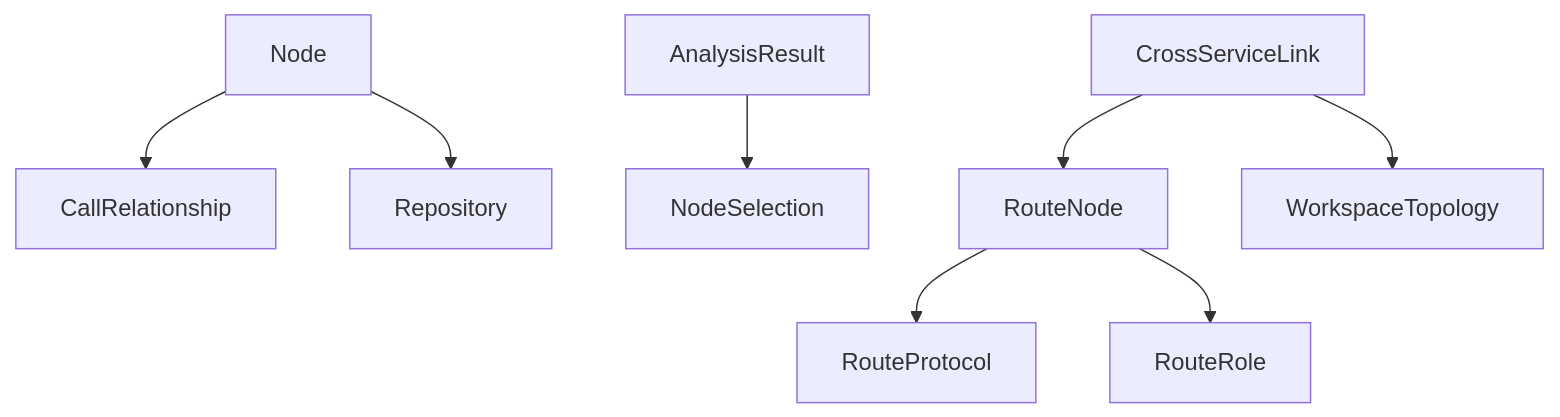
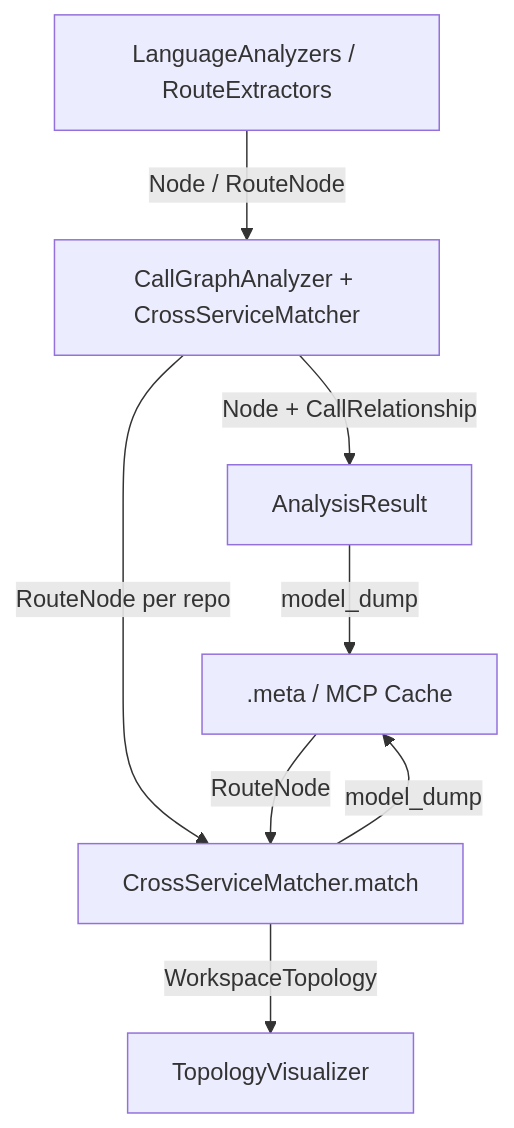
One commit to mambo-wang/CodeWiki-Plus changed the diagram in repowiki/wiki/modules/AnalyzerModels.md. Above: the diagram before and after it, drawn with Mermaid. The commit also changed other lines of this file and 36 other files, not shown here.

````diff
--- a/repowiki/wiki/modules/AnalyzerModels.md
+++ b/repowiki/wiki/modules/AnalyzerModels.md
@@ -17,10 +63,10 @@
 ```mermaid
-graph TB
-    A[Node] --> B[CallRelationship]
-    A --> C[Repository]
-    D[AnalysisResult] --> E[NodeSelection]
-    F[CrossServiceLink] --> G[RouteNode]
-    G --> H[RouteProtocol]
-    G --> I[RouteRole]
-    F --> J[WorkspaceTopology]
+flowchart TD
+    A[LanguageAnalyzers / RouteExtractors] -->|Node / RouteNode| B[CallGraphAnalyzer + CrossServiceMatcher]
+    B -->|Node + CallRelationship| C[AnalysisResult]
+    B -->|RouteNode per repo| D[CrossServiceMatcher.match]
+    D -->|WorkspaceTopology| E[TopologyVisualizer]
+    C -->|model_dump| F[.meta / MCP Cache]
+    D -->|model_dump| F
+    F -->|RouteNode| D
 ```
````
